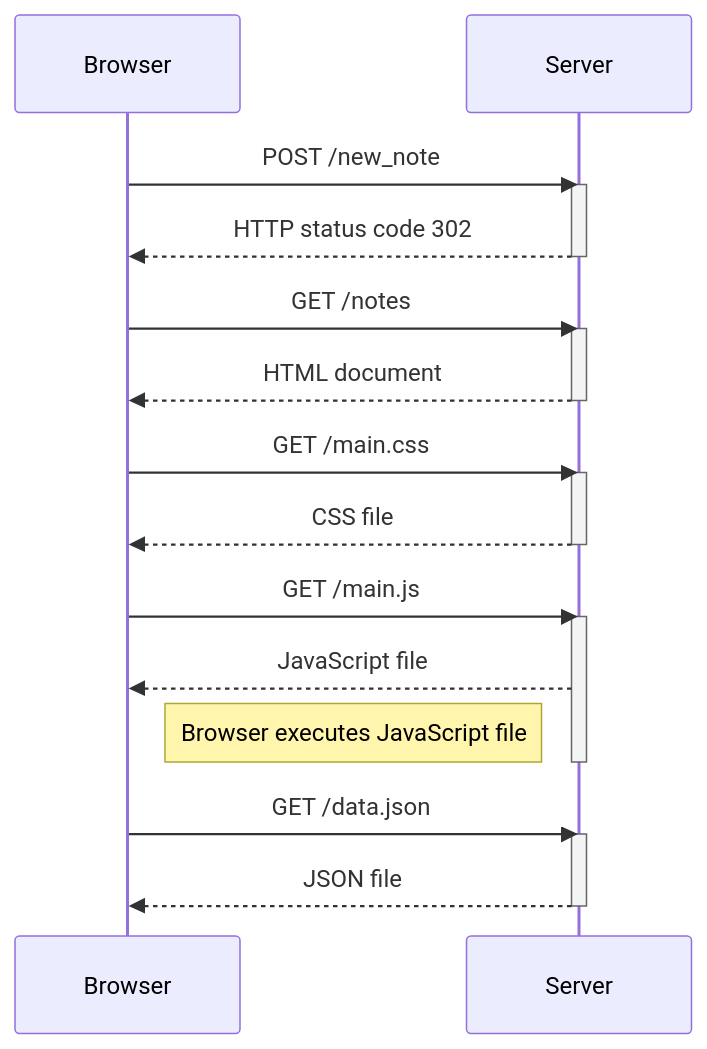
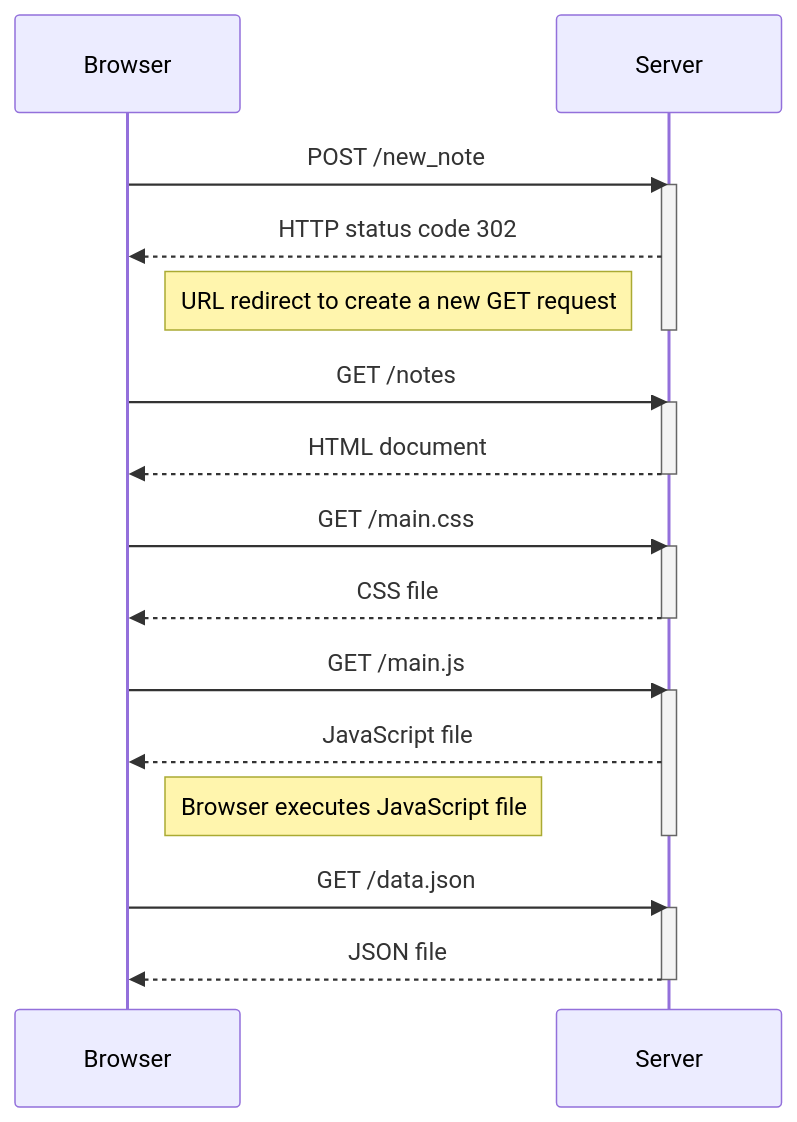
The diagram in part0/exercise0.4/diagram.md (nichlls/FullStackOpenSubmissions), drawn with Mermaid before and after one commit.

````diff
--- a/part0/exercise0.4/diagram.md
+++ b/part0/exercise0.4/diagram.md
@@ -1,28 +1,29 @@
 ```mermaid
     sequenceDiagram
     Browser->>Server: POST /new_note
     activate Server
     Server-->>Browser: HTTP status code 302
+    Note right of Browser: URL redirect to create a new GET request
     deactivate Server
 
     Browser->>Server: GET /notes
     activate Server
     Server-->>Browser: HTML document
     deactivate Server
 
     Browser->>Server: GET /main.css
     activate Server
     Server-->>Browser: CSS file
     deactivate Server
 
     Browser->>Server: GET /main.js
     activate Server
     Server-->>Browser: JavaScript file
     Note right of Browser: Browser executes JavaScript file
     deactivate Server
 
     Browser->>Server: GET /data.json
     activate Server
     Server-->>Browser: JSON file
     deactivate Server
 ```
````
